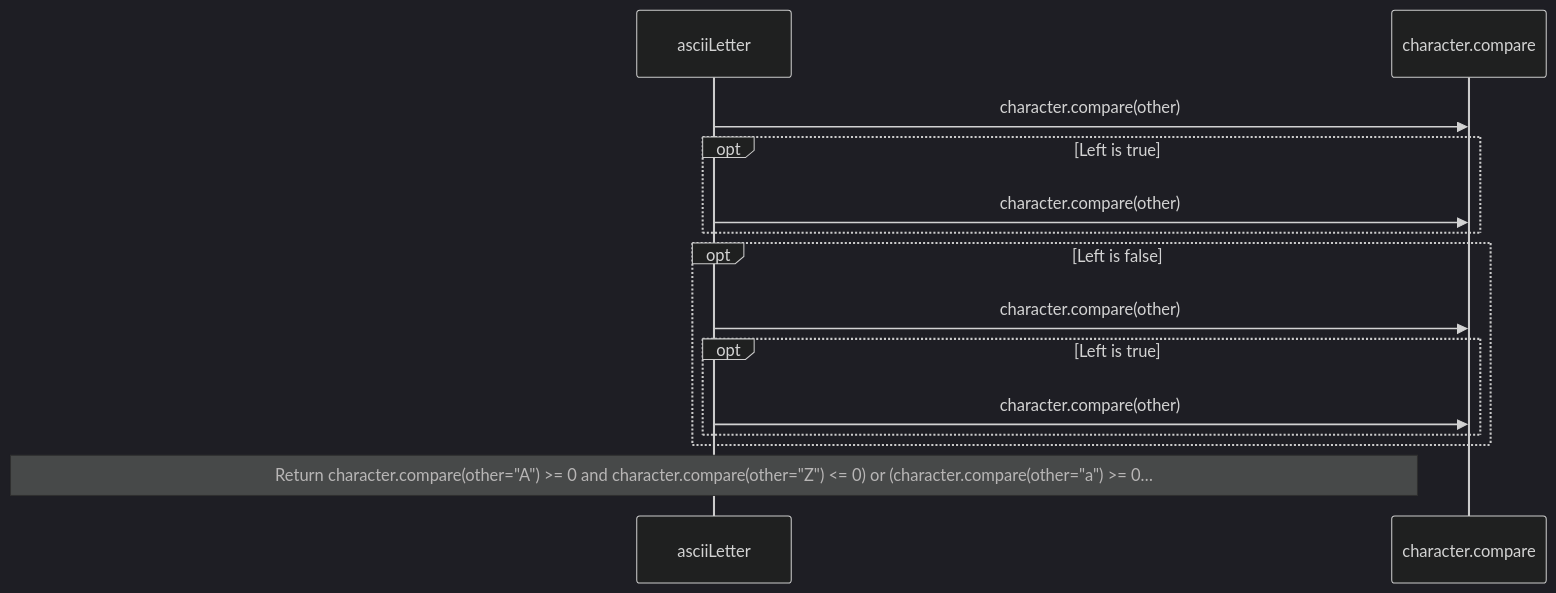
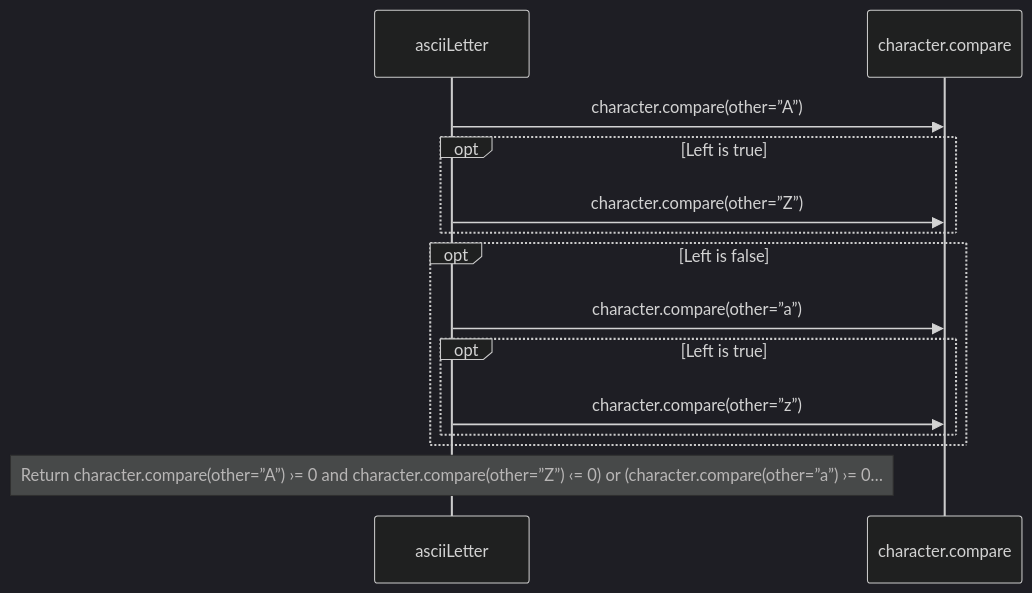
The fourth of 5 diagrams in src/stdlib/values/ascii.aug.diagrams.md (GreenPandaStudios/augscript), drawn with Mermaid (dark theme) before and after one commit. The commit also changed other lines of this file and 524 other files, not shown here.

Commit message:
Explain checked data flow at folder and service levels

````diff
--- a/src/stdlib/values/ascii.aug.diagrams.md
+++ b/src/stdlib/values/ascii.aug.diagrams.md
@@ -72,16 +72,16 @@
 ```mermaid
 sequenceDiagram
     participant p0 as asciiLetter
     participant p1 as character.compare
-    p0->>p1: character.compare(other)
+    p0->>p1: character.compare(other=”A”)
     opt Left is true
-    p0->>p1: character.compare(other)
+    p0->>p1: character.compare(other=”Z”)
     end
     opt Left is false
-    p0->>p1: character.compare(other)
+    p0->>p1: character.compare(other=”a”)
     opt Left is true
-    p0->>p1: character.compare(other)
+    p0->>p1: character.compare(other=”z”)
     end
     end
-    Note over p0: Return character.compare(other=#34;A#34;) #62;= 0 and character.compare(other=#34;Z#34;) #60;= 0) or (character.compare(other=#34;a#34;) #62;= 0…
+    Note over p0: Return character.compare(other=”A”) ›= 0 and character.compare(other=”Z”) ‹= 0) or (character.compare(other=”a”) ›= 0…
 ```
````
